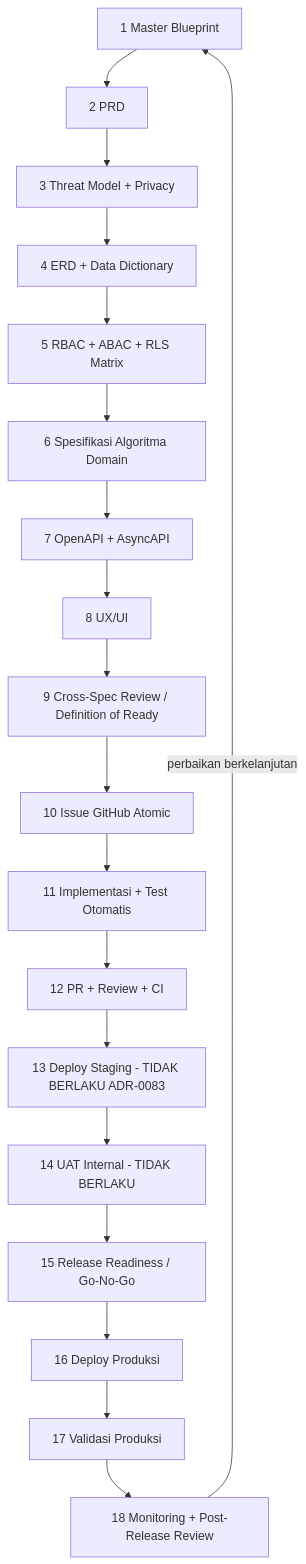
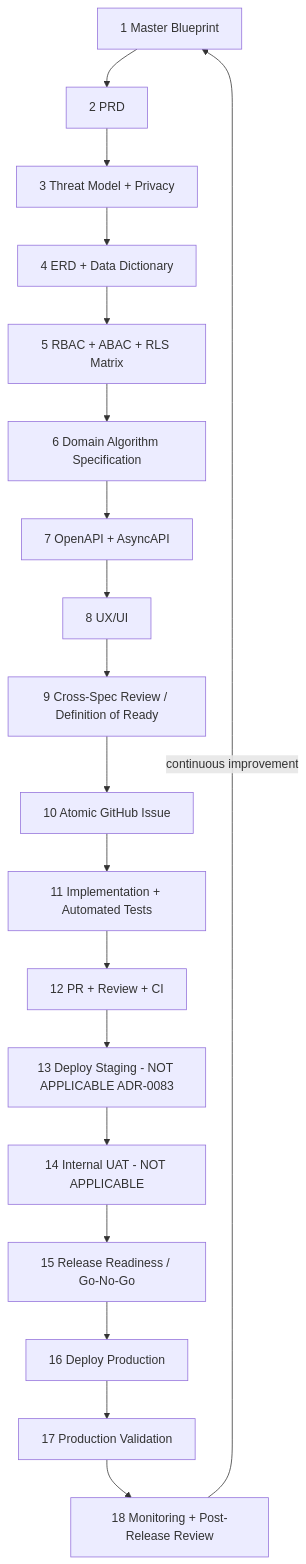
The diagram in docs/awcms/alur-pengembangan.md (ahliweb/awcms), drawn with Mermaid before and after one commit. The commit also changed other lines of this file and 603 other files, not shown here.

First line of the commit message:
Production defects found by running it, and the first 56 documents in English (ADR-0097) (#573)

````diff
--- a/docs/awcms/alur-pengembangan.md
+++ b/docs/awcms/alur-pengembangan.md
@@ -19,21 +22,21 @@
 ```mermaid
 flowchart TD
   S1[1 Master Blueprint] --> S2[2 PRD]
   S2 --> S3[3 Threat Model + Privacy]
   S3 --> S4[4 ERD + Data Dictionary]
   S4 --> S5[5 RBAC + ABAC + RLS Matrix]
-  S5 --> S6[6 Spesifikasi Algoritma Domain]
+  S5 --> S6[6 Domain Algorithm Specification]
   S6 --> S7[7 OpenAPI + AsyncAPI]
   S7 --> S8[8 UX/UI]
   S8 --> S9[9 Cross-Spec Review / Definition of Ready]
-  S9 --> S10[10 Issue GitHub Atomic]
-  S10 --> S11[11 Implementasi + Test Otomatis]
+  S9 --> S10[10 Atomic GitHub Issue]
+  S10 --> S11[11 Implementation + Automated Tests]
   S11 --> S12[12 PR + Review + CI]
-  S12 --> S13[13 Deploy Staging - TIDAK BERLAKU ADR-0083]
-  S13 --> S14[14 UAT Internal - TIDAK BERLAKU]
+  S12 --> S13[13 Deploy Staging - NOT APPLICABLE ADR-0083]
+  S13 --> S14[14 Internal UAT - NOT APPLICABLE]
   S14 --> S15[15 Release Readiness / Go-No-Go]
-  S15 --> S16[16 Deploy Produksi]
-  S16 --> S17[17 Validasi Produksi]
+  S15 --> S16[16 Deploy Production]
+  S16 --> S17[17 Production Validation]
   S17 --> S18[18 Monitoring + Post-Release Review]
-  S18 -->|perbaikan berkelanjutan| S1
+  S18 -->|continuous improvement| S1
 ```
````
